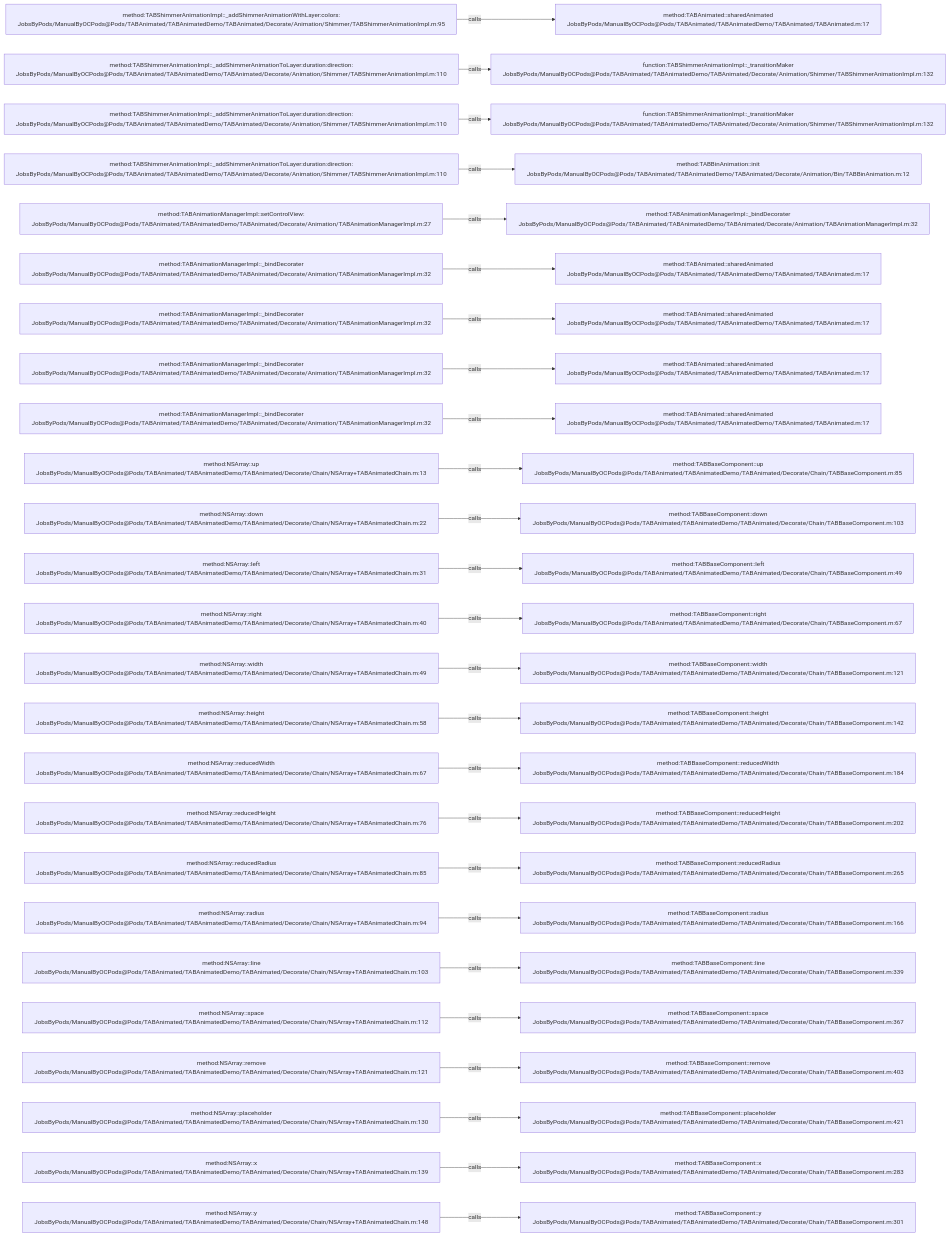
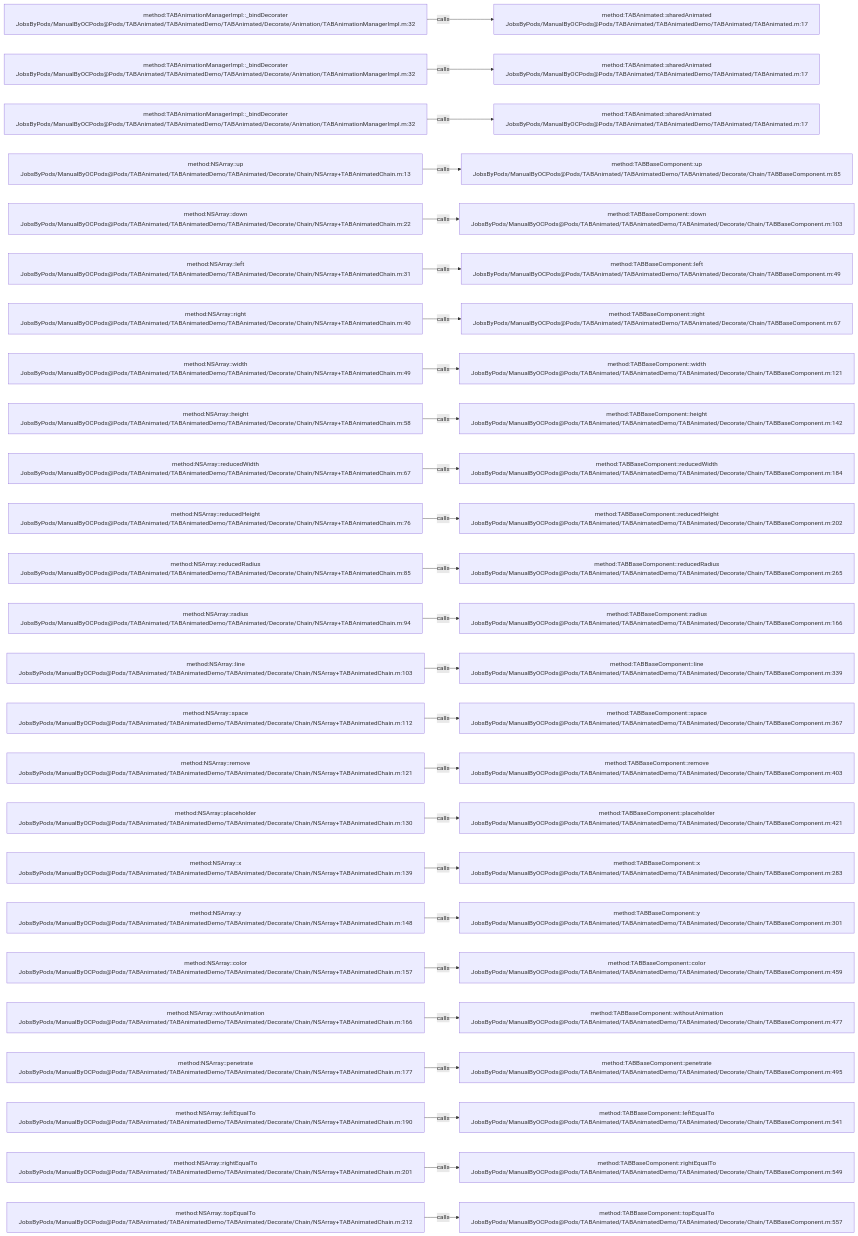
The diagram in .codegraph/codegraph.md/graphs/calls-022.md (JobsKits/JobsOCBaseConfigDemo), drawn with Mermaid before and after one commit. The commit also changed 666 other files, not shown here.

````diff
--- a/.codegraph/codegraph.md/graphs/calls-022.md
+++ b/.codegraph/codegraph.md/graphs/calls-022.md
@@ -13,78 +13,78 @@
 ```mermaid
 flowchart LR
-  S1["method:TABShimmerAnimationImpl::_addShimmerAnimationWithLayer:colors:<br/>JobsByPods/ManualByOCPods@Pods/TABAnimated/TABAnimatedDemo/TABAnimated/Decorate/Animation/Shimmer/TABShimmerAnimationImpl.m:95"]
+  S1["method:TABAnimationManagerImpl::_bindDecorater<br/>JobsByPods/ManualByOCPods@Pods/TABAnimated/TABAnimatedDemo/TABAnimated/Decorate/Animation/TABAnimationManagerImpl.m:32"]
   T1["method:TABAnimated::sharedAnimated<br/>JobsByPods/ManualByOCPods@Pods/TABAnimated/TABAnimatedDemo/TABAnimated/TABAnimated.m:17"]
   S1 -->|calls| T1
-  S2["method:TABShimmerAnimationImpl::_addShimmerAnimationToLayer:duration:direction:<br/>JobsByPods/ManualByOCPods@Pods/TABAnimated/TABAnimatedDemo/TABAnimated/Decorate/Animation/Shimmer/TABShimmerAnimationImpl.m:110"]
-  T2["function:TABShimmerAnimationImpl::_transitionMaker<br/>JobsByPods/ManualByOCPods@Pods/TABAnimated/TABAnimatedDemo/TABAnimated/Decorate/Animation/Shimmer/TABShimmerAnimationImpl.m:132"]
+  S2["method:TABAnimationManagerImpl::_bindDecorater<br/>JobsByPods/ManualByOCPods@Pods/TABAnimated/TABAnimatedDemo/TABAnimated/Decorate/Animation/TABAnimationManagerImpl.m:32"]
+  T2["method:TABAnimated::sharedAnimated<br/>JobsByPods/ManualByOCPods@Pods/TABAnimated/TABAnimatedDemo/TABAnimated/TABAnimated.m:17"]
   S2 -->|calls| T2
-  S3["method:TABShimmerAnimationImpl::_addShimmerAnimationToLayer:duration:direction:<br/>JobsByPods/ManualByOCPods@Pods/TABAnimated/TABAnimatedDemo/TABAnimated/Decorate/Animation/Shimmer/TABShimmerAnimationImpl.m:110"]
-  T3["function:TABShimmerAnimationImpl::_transitionMaker<br/>JobsByPods/ManualByOCPods@Pods/TABAnimated/TABAnimatedDemo/TABAnimated/Decorate/Animation/Shimmer/TABShimmerAnimationImpl.m:132"]
+  S3["method:TABAnimationManagerImpl::_bindDecorater<br/>JobsByPods/ManualByOCPods@Pods/TABAnimated/TABAnimatedDemo/TABAnimated/Decorate/Animation/TABAnimationManagerImpl.m:32"]
+  T3["method:TABAnimated::sharedAnimated<br/>JobsByPods/ManualByOCPods@Pods/TABAnimated/TABAnimatedDemo/TABAnimated/TABAnimated.m:17"]
   S3 -->|calls| T3
-  S4["method:TABShimmerAnimationImpl::_addShimmerAnimationToLayer:duration:direction:<br/>JobsByPods/ManualByOCPods@Pods/TABAnimated/TABAnimatedDemo/TABAnimated/Decorate/Animation/Shimmer/TABShimmerAnimationImpl.m:110"]
-  T4["method:TABBinAnimation::init<br/>JobsByPods/ManualByOCPods@Pods/TABAnimated/TABAnimatedDemo/TABAnimated/Decorate/Animation/Bin/TABBinAnimation.m:12"]
+  S4["method:NSArray::up<br/>JobsByPods/ManualByOCPods@Pods/TABAnimated/TABAnimatedDemo/TABAnimated/Decorate/Chain/NSArray+TABAnimatedChain.m:13"]
+  T4["method:TABBaseComponent::up<br/>JobsByPods/ManualByOCPods@Pods/TABAnimated/TABAnimatedDemo/TABAnimated/Decorate/Chain/TABBaseComponent.m:85"]
   S4 -->|calls| T4
-  S5["method:TABAnimationManagerImpl::setControlView:<br/>JobsByPods/ManualByOCPods@Pods/TABAnimated/TABAnimatedDemo/TABAnimated/Decorate/Animation/TABAnimationManagerImpl.m:27"]
-  T5["method:TABAnimationManagerImpl::_bindDecorater<br/>JobsByPods/ManualByOCPods@Pods/TABAnimated/TABAnimatedDemo/TABAnimated/Decorate/Animation/TABAnimationManagerImpl.m:32"]
+  S5["method:NSArray::down<br/>JobsByPods/ManualByOCPods@Pods/TABAnimated/TABAnimatedDemo/TABAnimated/Decorate/Chain/NSArray+TABAnimatedChain.m:22"]
+  T5["method:TABBaseComponent::down<br/>JobsByPods/ManualByOCPods@Pods/TABAnimated/TABAnimatedDemo/TABAnimated/Decorate/Chain/TABBaseComponent.m:103"]
   S5 -->|calls| T5
-  S6["method:TABAnimationManagerImpl::_bindDecorater<br/>JobsByPods/ManualByOCPods@Pods/TABAnimated/TABAnimatedDemo/TABAnimated/Decorate/Animation/TABAnimationManagerImpl.m:32"]
-  T6["method:TABAnimated::sharedAnimated<br/>JobsByPods/ManualByOCPods@Pods/TABAnimated/TABAnimatedDemo/TABAnimated/TABAnimated.m:17"]
+  S6["method:NSArray::left<br/>JobsByPods/ManualByOCPods@Pods/TABAnimated/TABAnimatedDemo/TABAnimated/Decorate/Chain/NSArray+TABAnimatedChain.m:31"]
+  T6["method:TABBaseComponent::left<br/>JobsByPods/ManualByOCPods@Pods/TABAnimated/TABAnimatedDemo/TABAnimated/Decorate/Chain/TABBaseComponent.m:49"]
   S6 -->|calls| T6
-  S7["method:TABAnimationManagerImpl::_bindDecorater<br/>JobsByPods/ManualByOCPods@Pods/TABAnimated/TABAnimatedDemo/TABAnimated/Decorate/Animation/TABAnimationManagerImpl.m:32"]
-  T7["method:TABAnimated::sharedAnimated<br/>JobsByPods/ManualByOCPods@Pods/TABAnimated/TABAnimatedDemo/TABAnimated/TABAnimated.m:17"]
+  S7["method:NSArray::right<br/>JobsByPods/ManualByOCPods@Pods/TABAnimated/TABAnimatedDemo/TABAnimated/Decorate/Chain/NSArray+TABAnimatedChain.m:40"]
+  T7["method:TABBaseComponent::right<br/>JobsByPods/ManualByOCPods@Pods/TABAnimated/TABAnimatedDemo/TABAnimated/Decorate/Chain/TABBaseComponent.m:67"]
   S7 -->|calls| T7
-  S8["method:TABAnimationManagerImpl::_bindDecorater<br/>JobsByPods/ManualByOCPods@Pods/TABAnimated/TABAnimatedDemo/TABAnimated/Decorate/Animation/TABAnimationManagerImpl.m:32"]
-  T8["method:TABAnimated::sharedAnimated<br/>JobsByPods/ManualByOCPods@Pods/TABAnimated/TABAnimatedDemo/TABAnimated/TABAnimated.m:17"]
+  S8["method:NSArray::width<br/>JobsByPods/ManualByOCPods@Pods/TABAnimated/TABAnimatedDemo/TABAnimated/Decorate/Chain/NSArray+TABAnimatedChain.m:49"]
+  T8["method:TABBaseComponent::width<br/>JobsByPods/ManualByOCPods@Pods/TABAnimated/TABAnimatedDemo/TABAnimated/Decorate/Chain/TABBaseComponent.m:121"]
   S8 -->|calls| T8
-  S9["method:TABAnimationManagerImpl::_bindDecorater<br/>JobsByPods/ManualByOCPods@Pods/TABAnimated/TABAnimatedDemo/TABAnimated/Decorate/Animation/TABAnimationManagerImpl.m:32"]
-  T9["method:TABAnimated::sharedAnimated<br/>JobsByPods/ManualByOCPods@Pods/TABAnimated/TABAnimatedDemo/TABAnimated/TABAnimated.m:17"]
+  S9["method:NSArray::height<br/>JobsByPods/ManualByOCPods@Pods/TABAnimated/TABAnimatedDemo/TABAnimated/Decorate/Chain/NSArray+TABAnimatedChain.m:58"]
+  T9["method:TABBaseComponent::height<br/>JobsByPods/ManualByOCPods@Pods/TABAnimated/TABAnimatedDemo/TABAnimated/Decorate/Chain/TABBaseComponent.m:142"]
   S9 -->|calls| T9
-  S10["method:NSArray::up<br/>JobsByPods/ManualByOCPods@Pods/TABAnimated/TABAnimatedDemo/TABAnimated/Decorate/Chain/NSArray+TABAnimatedChain.m:13"]
-  T10["method:TABBaseComponent::up<br/>JobsByPods/ManualByOCPods@Pods/TABAnimated/TABAnimatedDemo/TABAnimated/Decorate/Chain/TABBaseComponent.m:85"]
+  S10["method:NSArray::reducedWidth<br/>JobsByPods/ManualByOCPods@Pods/TABAnimated/TABAnimatedDemo/TABAnimated/Decorate/Chain/NSArray+TABAnimatedChain.m:67"]
+  T10["method:TABBaseComponent::reducedWidth<br/>JobsByPods/ManualByOCPods@Pods/TABAnimated/TABAnimatedDemo/TABAnimated/Decorate/Chain/TABBaseComponent.m:184"]
   S10 -->|calls| T10
-  S11["method:NSArray::down<br/>JobsByPods/ManualByOCPods@Pods/TABAnimated/TABAnimatedDemo/TABAnimated/Decorate/Chain/NSArray+TABAnimatedChain.m:22"]
-  T11["method:TABBaseComponent::down<br/>JobsByPods/ManualByOCPods@Pods/TABAnimated/TABAnimatedDemo/TABAnimated/Decorate/Chain/TABBaseComponent.m:103"]
+  S11["method:NSArray::reducedHeight<br/>JobsByPods/ManualByOCPods@Pods/TABAnimated/TABAnimatedDemo/TABAnimated/Decorate/Chain/NSArray+TABAnimatedChain.m:76"]
+  T11["method:TABBaseComponent::reducedHeight<br/>JobsByPods/ManualByOCPods@Pods/TABAnimated/TABAnimatedDemo/TABAnimated/Decorate/Chain/TABBaseComponent.m:202"]
   S11 -->|calls| T11
-  S12["method:NSArray::left<br/>JobsByPods/ManualByOCPods@Pods/TABAnimated/TABAnimatedDemo/TABAnimated/Decorate/Chain/NSArray+TABAnimatedChain.m:31"]
-  T12["method:TABBaseComponent::left<br/>JobsByPods/ManualByOCPods@Pods/TABAnimated/TABAnimatedDemo/TABAnimated/Decorate/Chain/TABBaseComponent.m:49"]
+  S12["method:NSArray::reducedRadius<br/>JobsByPods/ManualByOCPods@Pods/TABAnimated/TABAnimatedDemo/TABAnimated/Decorate/Chain/NSArray+TABAnimatedChain.m:85"]
+  T12["method:TABBaseComponent::reducedRadius<br/>JobsByPods/ManualByOCPods@Pods/TABAnimated/TABAnimatedDemo/TABAnimated/Decorate/Chain/TABBaseComponent.m:265"]
   S12 -->|calls| T12
-  S13["method:NSArray::right<br/>JobsByPods/ManualByOCPods@Pods/TABAnimated/TABAnimatedDemo/TABAnimated/Decorate/Chain/NSArray+TABAnimatedChain.m:40"]
-  T13["method:TABBaseComponent::right<br/>JobsByPods/ManualByOCPods@Pods/TABAnimated/TABAnimatedDemo/TABAnimated/Decorate/Chain/TABBaseComponent.m:67"]
+  S13["method:NSArray::radius<br/>JobsByPods/ManualByOCPods@Pods/TABAnimated/TABAnimatedDemo/TABAnimated/Decorate/Chain/NSArray+TABAnimatedChain.m:94"]
+  T13["method:TABBaseComponent::radius<br/>JobsByPods/ManualByOCPods@Pods/TABAnimated/TABAnimatedDemo/TABAnimated/Decorate/Chain/TABBaseComponent.m:166"]
   S13 -->|calls| T13
-  S14["method:NSArray::width<br/>JobsByPods/ManualByOCPods@Pods/TABAnimated/TABAnimatedDemo/TABAnimated/Decorate/Chain/NSArray+TABAnimatedChain.m:49"]
-  T14["method:TABBaseComponent::width<br/>JobsByPods/ManualByOCPods@Pods/TABAnimated/TABAnimatedDemo/TABAnimated/Decorate/Chain/TABBaseComponent.m:121"]
+  S14["method:NSArray::line<br/>JobsByPods/ManualByOCPods@Pods/TABAnimated/TABAnimatedDemo/TABAnimated/Decorate/Chain/NSArray+TABAnimatedChain.m:103"]
+  T14["method:TABBaseComponent::line<br/>JobsByPods/ManualByOCPods@Pods/TABAnimated/TABAnimatedDemo/TABAnimated/Decorate/Chain/TABBaseComponent.m:339"]
   S14 -->|calls| T14
-  S15["method:NSArray::height<br/>JobsByPods/ManualByOCPods@Pods/TABAnimated/TABAnimatedDemo/TABAnimated/Decorate/Chain/NSArray+TABAnimatedChain.m:58"]
-  T15["method:TABBaseComponent::height<br/>JobsByPods/ManualByOCPods@Pods/TABAnimated/TABAnimatedDemo/TABAnimated/Decorate/Chain/TABBaseComponent.m:142"]
+  S15["method:NSArray::space<br/>JobsByPods/ManualByOCPods@Pods/TABAnimated/TABAnimatedDemo/TABAnimated/Decorate/Chain/NSArray+TABAnimatedChain.m:112"]
+  T15["method:TABBaseComponent::space<br/>JobsByPods/ManualByOCPods@Pods/TABAnimated/TABAnimatedDemo/TABAnimated/Decorate/Chain/TABBaseComponent.m:367"]
   S15 -->|calls| T15
-  S16["method:NSArray::reducedWidth<br/>JobsByPods/ManualByOCPods@Pods/TABAnimated/TABAnimatedDemo/TABAnimated/Decorate/Chain/NSArray+TABAnimatedChain.m:67"]
-  T16["method:TABBaseComponent::reducedWidth<br/>JobsByPods/ManualByOCPods@Pods/TABAnimated/TABAnimatedDemo/TABAnimated/Decorate/Chain/TABBaseComponent.m:184"]
+  S16["method:NSArray::remove<br/>JobsByPods/ManualByOCPods@Pods/TABAnimated/TABAnimatedDemo/TABAnimated/Decorate/Chain/NSArray+TABAnimatedChain.m:121"]
+  T16["method:TABBaseComponent::remove<br/>JobsByPods/ManualByOCPods@Pods/TABAnimated/TABAnimatedDemo/TABAnimated/Decorate/Chain/TABBaseComponent.m:403"]
   S16 -->|calls| T16
-  S17["method:NSArray::reducedHeight<br/>JobsByPods/ManualByOCPods@Pods/TABAnimated/TABAnimatedDemo/TABAnimated/Decorate/Chain/NSArray+TABAnimatedChain.m:76"]
-  T17["method:TABBaseComponent::reducedHeight<br/>JobsByPods/ManualByOCPods@Pods/TABAnimated/TABAnimatedDemo/TABAnimated/Decorate/Chain/TABBaseComponent.m:202"]
+  S17["method:NSArray::placeholder<br/>JobsByPods/ManualByOCPods@Pods/TABAnimated/TABAnimatedDemo/TABAnimated/Decorate/Chain/NSArray+TABAnimatedChain.m:130"]
+  T17["method:TABBaseComponent::placeholder<br/>JobsByPods/ManualByOCPods@Pods/TABAnimated/TABAnimatedDemo/TABAnimated/Decorate/Chain/TABBaseComponent.m:421"]
   S17 -->|calls| T17
-  S18["method:NSArray::reducedRadius<br/>JobsByPods/ManualByOCPods@Pods/TABAnimated/TABAnimatedDemo/TABAnimated/Decorate/Chain/NSArray+TABAnimatedChain.m:85"]
-  T18["method:TABBaseComponent::reducedRadius<br/>JobsByPods/ManualByOCPods@Pods/TABAnimated/TABAnimatedDemo/TABAnimated/Decorate/Chain/TABBaseComponent.m:265"]
+  S18["method:NSArray::x<br/>JobsByPods/ManualByOCPods@Pods/TABAnimated/TABAnimatedDemo/TABAnimated/Decorate/Chain/NSArray+TABAnimatedChain.m:139"]
+  T18["method:TABBaseComponent::x<br/>JobsByPods/ManualByOCPods@Pods/TABAnimated/TABAnimatedDemo/TABAnimated/Decorate/Chain/TABBaseComponent.m:283"]
   S18 -->|calls| T18
-  S19["method:NSArray::radius<br/>JobsByPods/ManualByOCPods@Pods/TABAnimated/TABAnimatedDemo/TABAnimated/Decorate/Chain/NSArray+TABAnimatedChain.m:94"]
-  T19["method:TABBaseComponent::radius<br/>JobsByPods/ManualByOCPods@Pods/TABAnimated/TABAnimatedDemo/TABAnimated/Decorate/Chain/TABBaseComponent.m:166"]
+  S19["method:NSArray::y<br/>JobsByPods/ManualByOCPods@Pods/TABAnimated/TABAnimatedDemo/TABAnimated/Decorate/Chain/NSArray+TABAnimatedChain.m:148"]
+  T19["method:TABBaseComponent::y<br/>JobsByPods/ManualByOCPods@Pods/TABAnimated/TABAnimatedDemo/TABAnimated/Decorate/Chain/TABBaseComponent.m:301"]
   S19 -->|calls| T19
-  S20["method:NSArray::line<br/>JobsByPods/ManualByOCPods@Pods/TABAnimated/TABAnimatedDemo/TABAnimated/Decorate/Chain/NSArray+TABAnimatedChain.m:103"]
-  T20["method:TABBaseComponent::line<br/>JobsByPods/ManualByOCPods@Pods/TABAnimated/TABAnimatedDemo/TABAnimated/Decorate/Chain/TABBaseComponent.m:339"]
+  S20["method:NSArray::color<br/>JobsByPods/ManualByOCPods@Pods/TABAnimated/TABAnimatedDemo/TABAnimated/Decorate/Chain/NSArray+TABAnimatedChain.m:157"]
+  T20["method:TABBaseComponent::color<br/>JobsByPods/ManualByOCPods@Pods/TABAnimated/TABAnimatedDemo/TABAnimated/Decorate/Chain/TABBaseComponent.m:459"]
   S20 -->|calls| T20
-  S21["method:NSArray::space<br/>JobsByPods/ManualByOCPods@Pods/TABAnimated/TABAnimatedDemo/TABAnimated/Decorate/Chain/NSArray+TABAnimatedChain.m:112"]
-  T21["method:TABBaseComponent::space<br/>JobsByPods/ManualByOCPods@Pods/TABAnimated/TABAnimatedDemo/TABAnimated/Decorate/Chain/TABBaseComponent.m:367"]
+  S21["method:NSArray::withoutAnimation<br/>JobsByPods/ManualByOCPods@Pods/TABAnimated/TABAnimatedDemo/TABAnimated/Decorate/Chain/NSArray+TABAnimatedChain.m:166"]
+  T21["method:TABBaseComponent::withoutAnimation<br/>JobsByPods/ManualByOCPods@Pods/TABAnimated/TABAnimatedDemo/TABAnimated/Decorate/Chain/TABBaseComponent.m:477"]
   S21 -->|calls| T21
-  S22["method:NSArray::remove<br/>JobsByPods/ManualByOCPods@Pods/TABAnimated/TABAnimatedDemo/TABAnimated/Decorate/Chain/NSArray+TABAnimatedChain.m:121"]
-  T22["method:TABBaseComponent::remove<br/>JobsByPods/ManualByOCPods@Pods/TABAnimated/TABAnimatedDemo/TABAnimated/Decorate/Chain/TABBaseComponent.m:403"]
+  S22["method:NSArray::penetrate<br/>JobsByPods/ManualByOCPods@Pods/TABAnimated/TABAnimatedDemo/TABAnimated/Decorate/Chain/NSArray+TABAnimatedChain.m:177"]
+  T22["method:TABBaseComponent::penetrate<br/>JobsByPods/ManualByOCPods@Pods/TABAnimated/TABAnimatedDemo/TABAnimated/Decorate/Chain/TABBaseComponent.m:495"]
   S22 -->|calls| T22
-  S23["method:NSArray::placeholder<br/>JobsByPods/ManualByOCPods@Pods/TABAnimated/TABAnimatedDemo/TABAnimated/Decorate/Chain/NSArray+TABAnimatedChain.m:130"]
-  T23["method:TABBaseComponent::placeholder<br/>JobsByPods/ManualByOCPods@Pods/TABAnimated/TABAnimatedDemo/TABAnimated/Decorate/Chain/TABBaseComponent.m:421"]
+  S23["method:NSArray::leftEqualTo<br/>JobsByPods/ManualByOCPods@Pods/TABAnimated/TABAnimatedDemo/TABAnimated/Decorate/Chain/NSArray+TABAnimatedChain.m:190"]
+  T23["method:TABBaseComponent::leftEqualTo<br/>JobsByPods/ManualByOCPods@Pods/TABAnimated/TABAnimatedDemo/TABAnimated/Decorate/Chain/TABBaseComponent.m:541"]
   S23 -->|calls| T23
-  S24["method:NSArray::x<br/>JobsByPods/ManualByOCPods@Pods/TABAnimated/TABAnimatedDemo/TABAnimated/Decorate/Chain/NSArray+TABAnimatedChain.m:139"]
-  T24["method:TABBaseComponent::x<br/>JobsByPods/ManualByOCPods@Pods/TABAnimated/TABAnimatedDemo/TABAnimated/Decorate/Chain/TABBaseComponent.m:283"]
+  S24["method:NSArray::rightEqualTo<br/>JobsByPods/ManualByOCPods@Pods/TABAnimated/TABAnimatedDemo/TABAnimated/Decorate/Chain/NSArray+TABAnimatedChain.m:201"]
+  T24["method:TABBaseComponent::rightEqualTo<br/>JobsByPods/ManualByOCPods@Pods/TABAnimated/TABAnimatedDemo/TABAnimated/Decorate/Chain/TABBaseComponent.m:549"]
   S24 -->|calls| T24
-  S25["method:NSArray::y<br/>JobsByPods/ManualByOCPods@Pods/TABAnimated/TABAnimatedDemo/TABAnimated/Decorate/Chain/NSArray+TABAnimatedChain.m:148"]
-  T25["method:TABBaseComponent::y<br/>JobsByPods/ManualByOCPods@Pods/TABAnimated/TABAnimatedDemo/TABAnimated/Decorate/Chain/TABBaseComponent.m:301"]
+  S25["method:NSArray::topEqualTo<br/>JobsByPods/ManualByOCPods@Pods/TABAnimated/TABAnimatedDemo/TABAnimated/Decorate/Chain/NSArray+TABAnimatedChain.m:212"]
+  T25["method:TABBaseComponent::topEqualTo<br/>JobsByPods/ManualByOCPods@Pods/TABAnimated/TABAnimatedDemo/TABAnimated/Decorate/Chain/TABBaseComponent.m:557"]
   S25 -->|calls| T25
 ```
````
